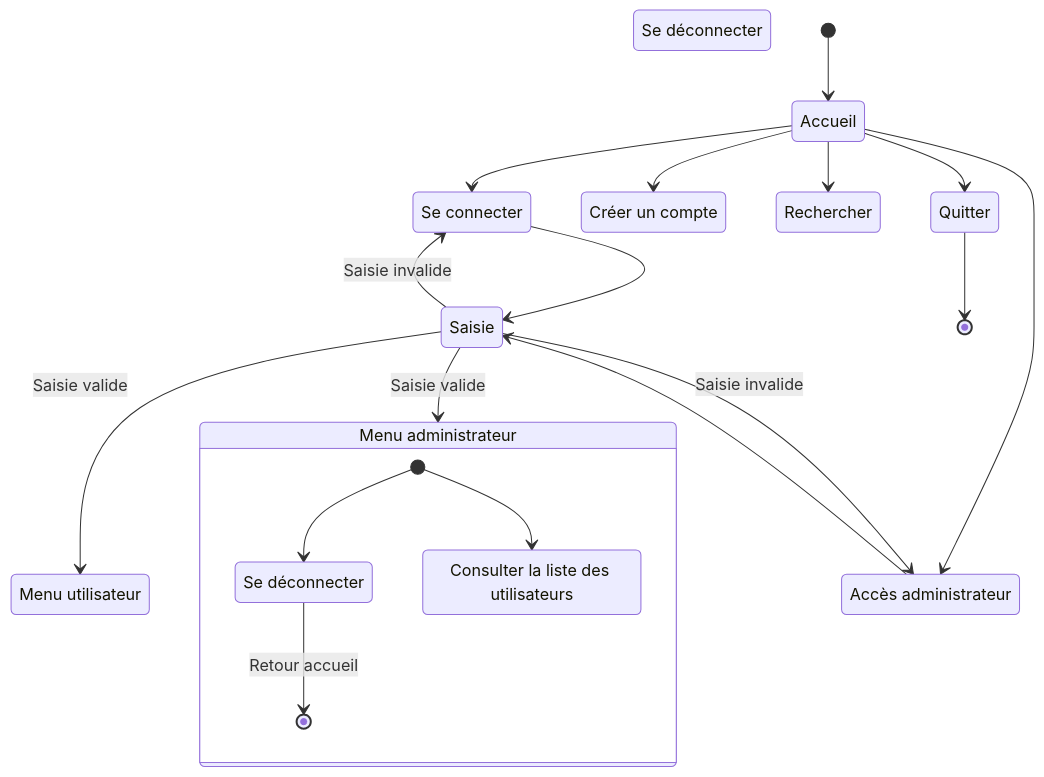
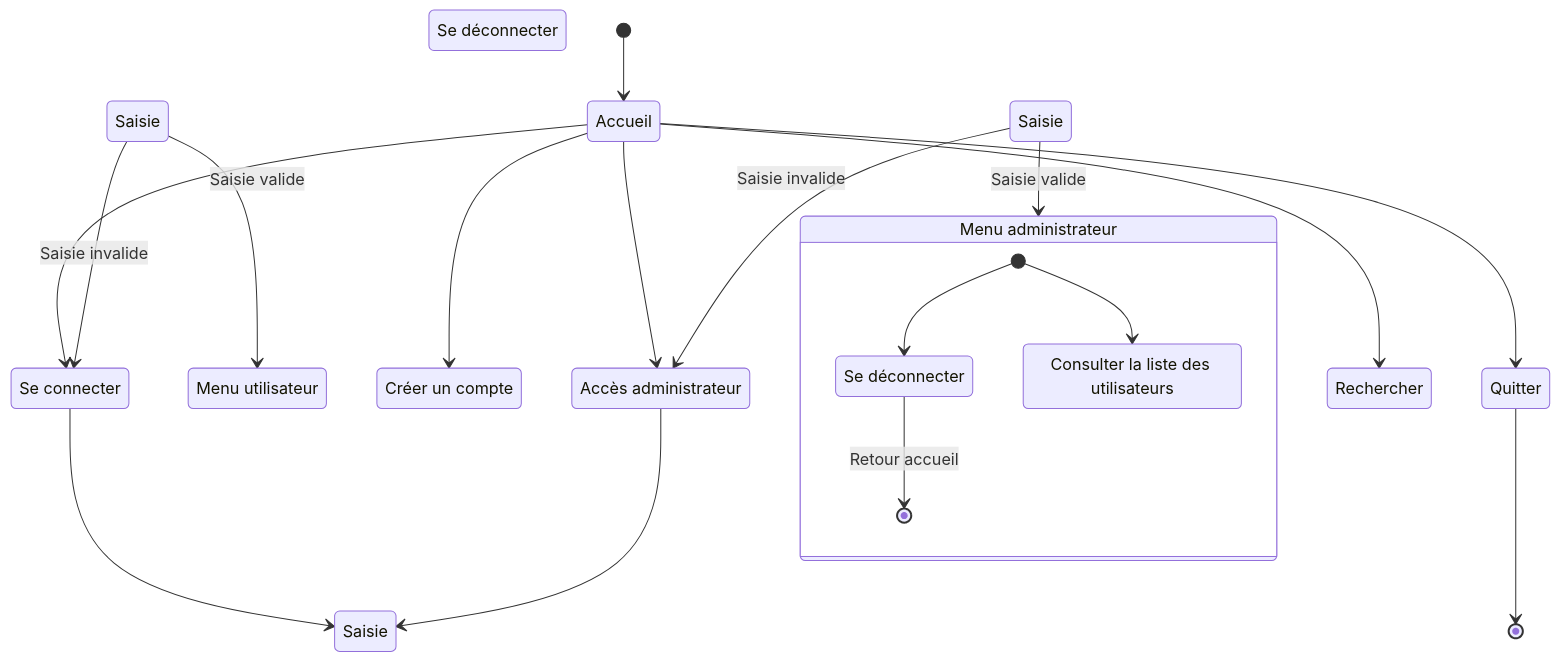
One commit to bbrunel/ENSAI-2A-projet-info changed the fifth of 5 diagrams in doc/diag_activites.md. Above: the diagram before and after it, drawn with Mermaid. The commit also changed other lines of this file, not shown here.

Commit message:
Saisies diag act

````diff
--- a/doc/diag_activites.md
+++ b/doc/diag_activites.md
@@ -193,37 +199,39 @@
 ```mermaid
 stateDiagram
     login : Se connecter
     menu_utilisateur : Menu utilisateur
     logon : Créer un compte
     logout : Se déconnecter
     admin : Accès administrateur
     admin_out : Se déconnecter
     list_utilisateurs : Consulter la liste des utilisateurs
     menu_admin : Menu administrateur
+    Saisie_u : Saisie
+    Saisie_a : Saisie
     
     [*] --> Accueil
     
     Accueil --> Rechercher
 
     Accueil --> login
     login --> Saisie
-    Saisie --> menu_utilisateur: Saisie valide
-    Saisie --> login: Saisie invalide
+    Saisie_u --> menu_utilisateur: Saisie valide
+    Saisie_u --> login: Saisie invalide
     
     Accueil --> logon
 
     Accueil --> admin
     admin --> Saisie
-    Saisie --> menu_admin: Saisie valide
-    Saisie --> admin: Saisie invalide
+    Saisie_a --> menu_admin: Saisie valide
+    Saisie_a --> admin: Saisie invalide
     
     Accueil --> Quitter
     Quitter --> [*]
 
     state menu_admin {
       [*] --> list_utilisateurs
       [*] --> admin_out
       admin_out --> [*]: Retour accueil
     }
 
 ```
````
